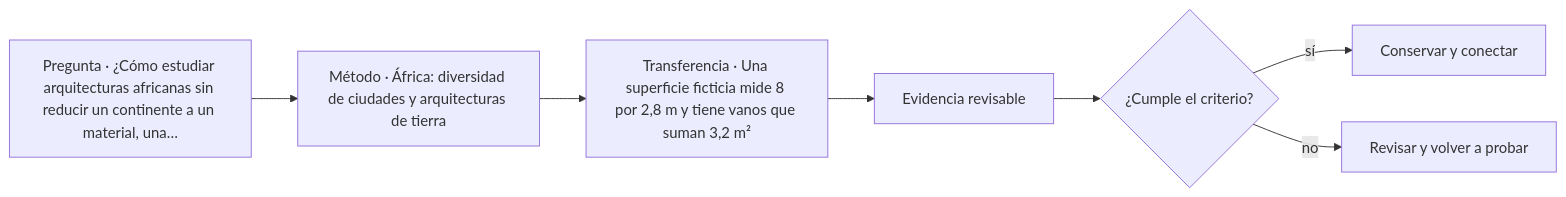
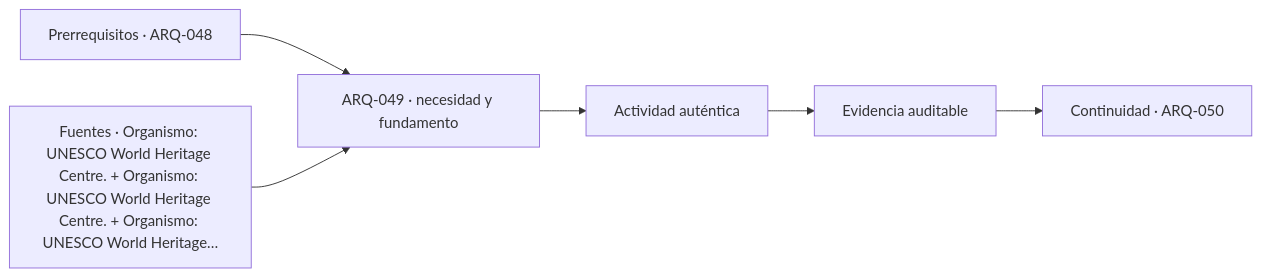
One commit to vladimiracunadev-create/architecture-built-environment-learning-program changed the diagram in classes/parte-05/ARQ-049.md. Above: the diagram before and after it, drawn with Mermaid. The commit also changed other lines of this file and 761 other files, not shown here.

````diff
--- a/classes/parte-05/ARQ-049.md
+++ b/classes/parte-05/ARQ-049.md
@@ -103,9 +115,8 @@
 ```mermaid
 flowchart LR
-    Q["Pregunta · ¿Cómo estudiar arquitecturas africanas sin reducir un continente a un material, una…"] --> M["Método · África: diversidad de ciudades y arquitecturas de tierra"]
-    M --> P["Transferencia · Una superficie ficticia mide 8 por 2,8 m y tiene vanos que suman 3,2 m²"]
-    P --> E["Evidencia revisable"]
-    E --> C{"¿Cumple el criterio?"}
-    C -->|sí| T["Conservar y conectar"]
-    C -->|no| R["Revisar y volver a probar"]
+    A["Prerrequisitos · ARQ-048"] --> B["ARQ-049 · necesidad y fundamento"]
+    S["Fuentes · Organismo: UNESCO World Heritage Centre. + Organismo: UNESCO World Heritage Centre. + Organismo: UNESCO World Heritage…"] --> B
+    B --> C["Actividad auténtica"]
+    C --> D["Evidencia auditable"]
+    D --> E["Continuidad · ARQ-050"]
 ```
````
